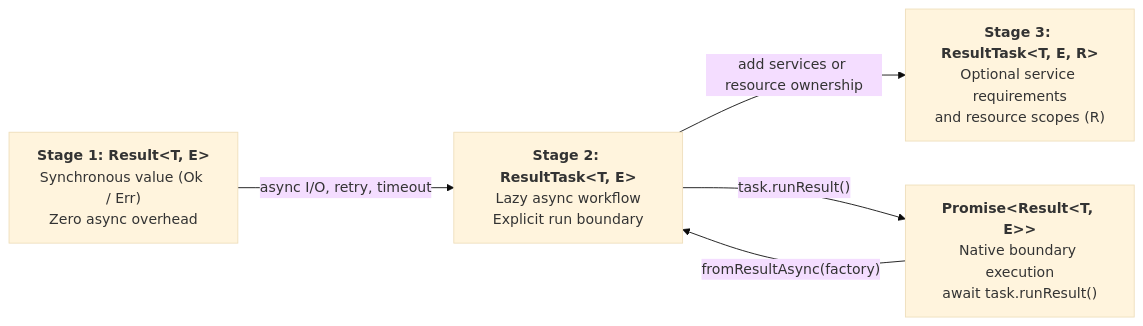
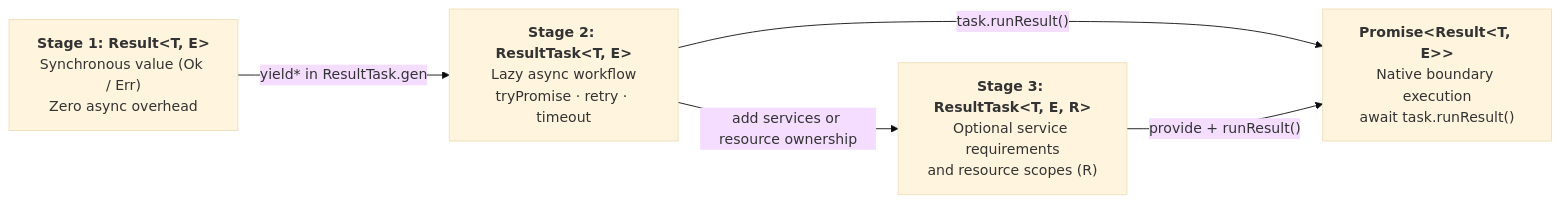
The diagram in README.md (inaiat/resultar), drawn with Mermaid (base theme) before and after one commit. The commit also changed other lines of this file and 121 other files, not shown here.

````diff
--- a/README.md
+++ b/README.md
@@ -114,12 +114,12 @@
 ```mermaid
 flowchart LR
   R["<b>Stage 1: Result&lt;T, E&gt;</b><br/>Synchronous value (Ok / Err)<br/>Zero async overhead"]
-  RT["<b>Stage 2: ResultTask&lt;T, E&gt;</b><br/>Lazy async workflow<br/>Explicit run boundary"]
+  RT["<b>Stage 2: ResultTask&lt;T, E&gt;</b><br/>Lazy async workflow<br/>tryPromise · retry · timeout"]
   RTR["<b>Stage 3: ResultTask&lt;T, E, R&gt;</b><br/>Optional service requirements<br/>and resource scopes (R)"]
   PR["<b>Promise&lt;Result&lt;T, E&gt;&gt;</b><br/>Native boundary execution<br/>await task.runResult()"]
 
-  R -->|"async I/O, retry, timeout"| RT
+  R -->|"yield* in ResultTask.gen"| RT
   RT -->|"add services or resource ownership"| RTR
   RT -->|"task.runResult()"| PR
-  PR -->|"fromResultAsync(factory)"| RT
+  RTR -->|"provide + runResult()"| PR
 ```
````
